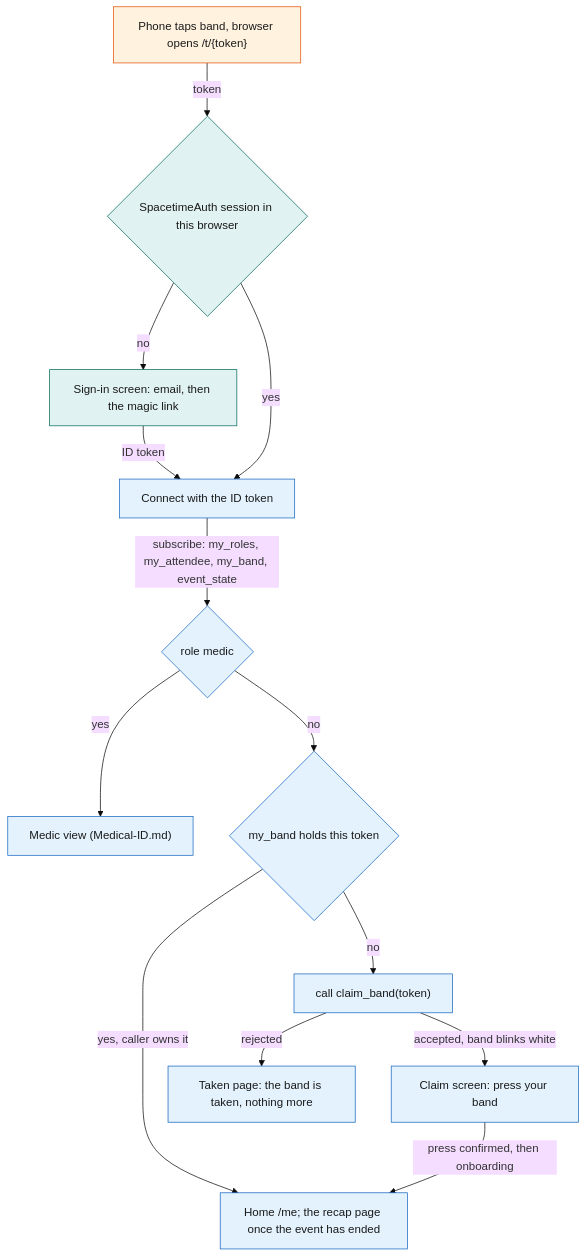
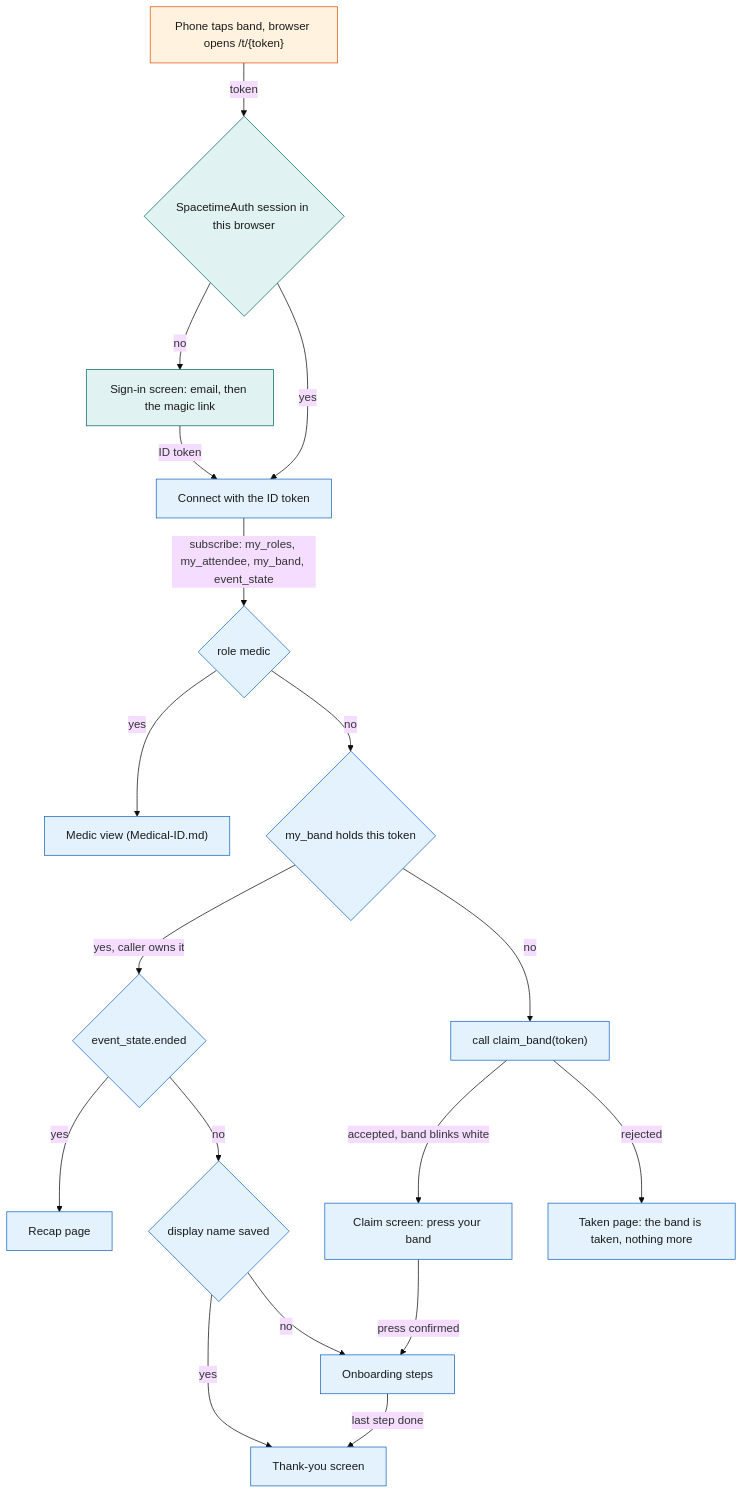
One commit to viktorinkov/cal-hacks-13 changed the first of 4 diagrams in System Design/5-apps/Attendee-App.md. Above: the diagram before and after it, drawn with Mermaid (base theme). The commit also changed other lines of this file and 19 other files, not shown here.

Commit message:
Attendee page is band setup, wallet step, then thank-you

````diff
--- a/System Design/5-apps/Attendee-App.md
+++ b/System Design/5-apps/Attendee-App.md
@@ -71,21 +69,26 @@
 ```mermaid
 flowchart TD
     Tap["Phone taps band, browser opens /t/{token}"] -->|"token"| Sess{"SpacetimeAuth session in this browser"}
     Sess -->|"no"| SignIn["Sign-in screen: email, then the magic link"]
     SignIn -->|"ID token"| Conn["Connect with the ID token"]
     Sess -->|"yes"| Conn
     Conn -->|"subscribe: my_roles, my_attendee, my_band, event_state"| Medic{"role medic"}
     Medic -->|"yes"| MedicView["Medic view (Medical-ID.md)"]
     Medic -->|"no"| Mine{"my_band holds this token"}
-    Mine -->|"yes, caller owns it"| Home["Home /me; the recap page once the event has ended"]
+    Mine -->|"yes, caller owns it"| Ended{"event_state.ended"}
+    Ended -->|"yes"| Recap["Recap page"]
+    Ended -->|"no"| Named{"display name saved"}
+    Named -->|"yes"| Thanks["Thank-you screen"]
+    Named -->|"no"| Onb["Onboarding steps"]
     Mine -->|"no"| Start["call claim_band(token)"]
     Start -->|"accepted, band blinks white"| Claim["Claim screen: press your band"]
     Start -->|"rejected"| Taken["Taken page: the band is taken, nothing more"]
-    Claim -->|"press confirmed, then onboarding"| Home
+    Claim -->|"press confirmed"| Onb
+    Onb -->|"last step done"| Thanks
     classDef web fill:#E3F2FD,stroke:#1565C0,color:#1A1A1A
     classDef device fill:#FFF3E0,stroke:#E65100,color:#1A1A1A
     classDef ext fill:#E0F2F1,stroke:#00695C,color:#1A1A1A
-    class Conn,Medic,Mine,Start,MedicView,Claim,Home,Taken web
+    class Conn,Medic,Mine,Ended,Named,Start,MedicView,Claim,Onb,Thanks,Recap,Taken web
     class Tap device
     class Sess,SignIn ext
 ```
````
